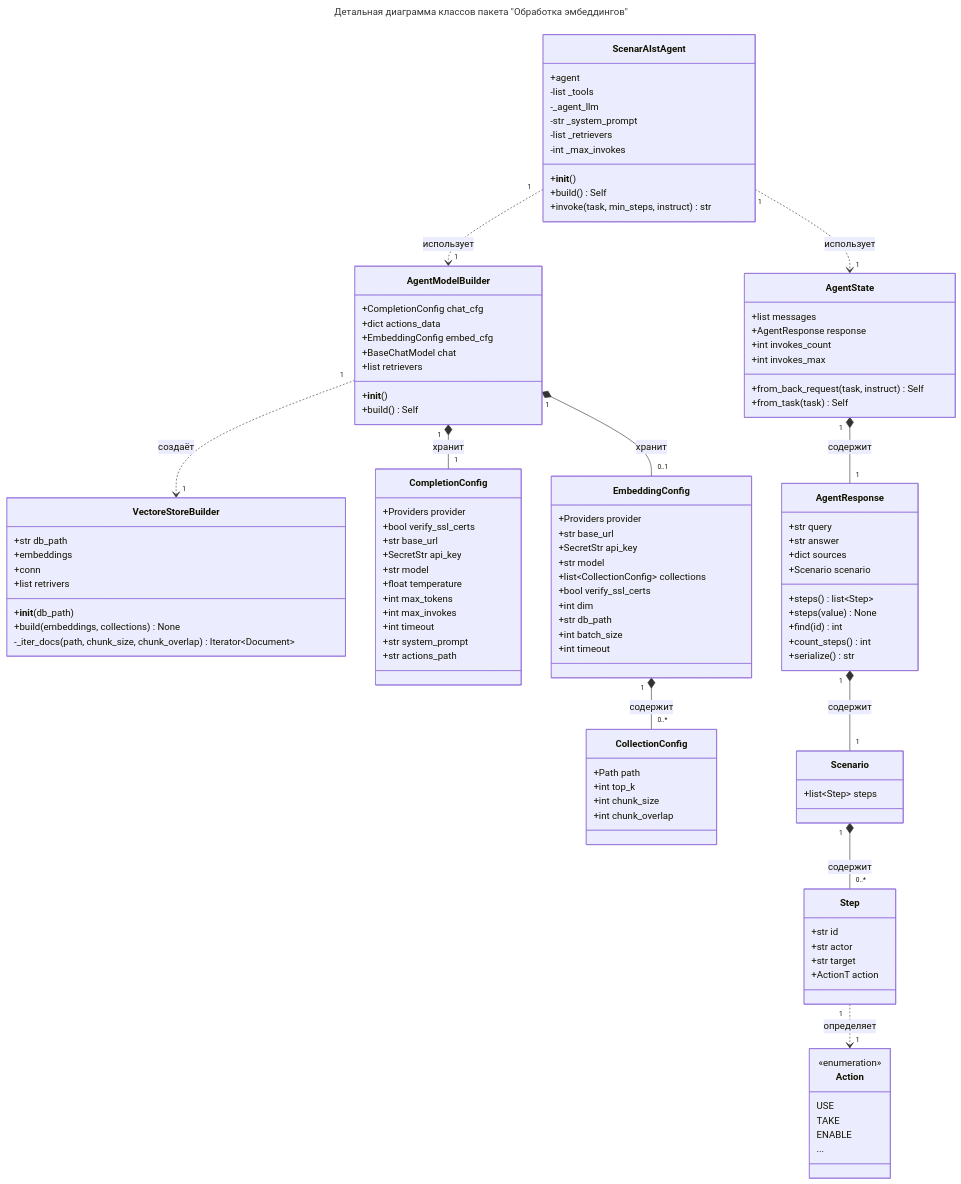
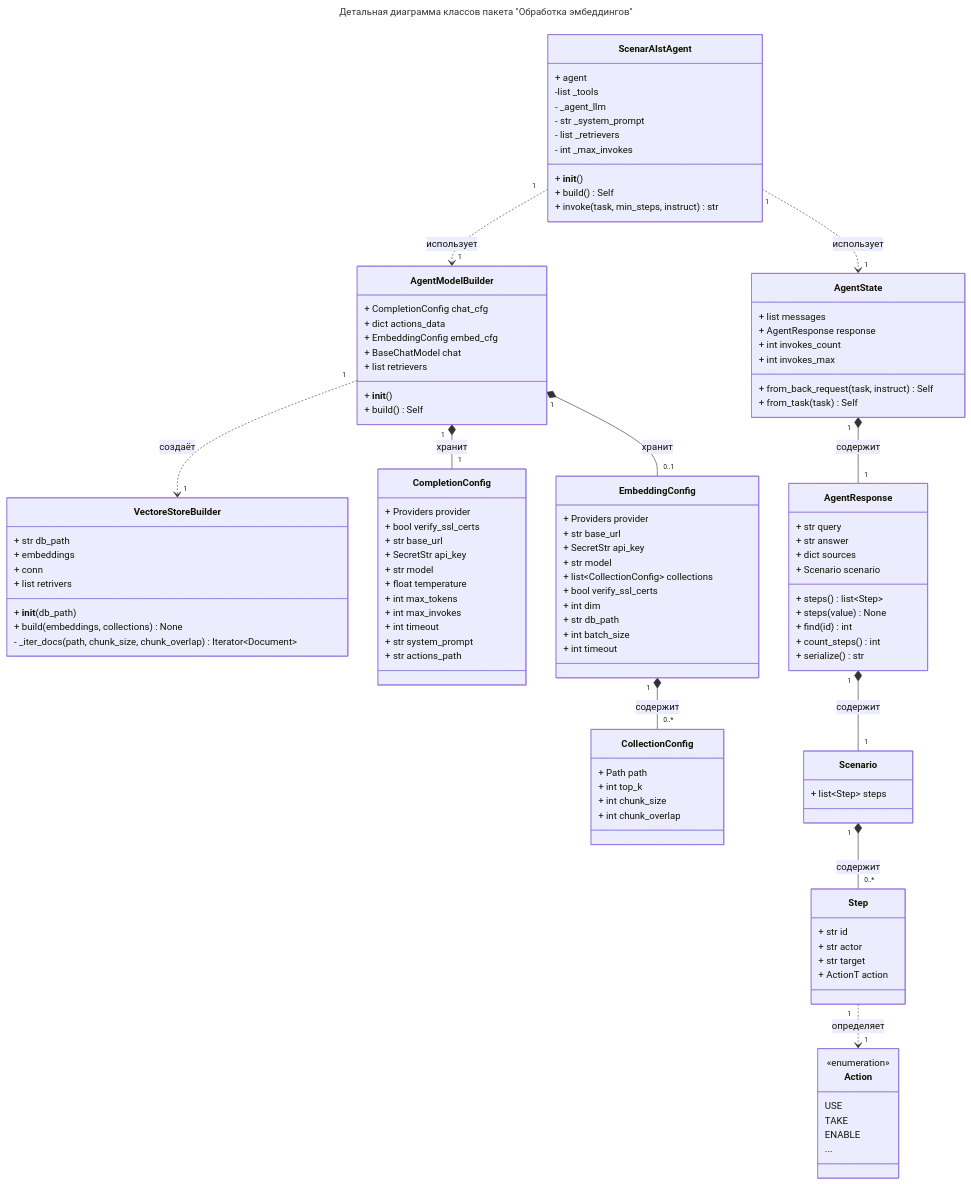
One commit to CHSU-scenarAIst/diagrammy changed the diagram in Пакет Обработка эмбеддингов/4. Детальная диаграмма классов.md. Above: the diagram before and after it, drawn with Mermaid. The commit also changed other lines of this file and 16 other files, not shown here.

```diff
--- a/Пакет Обработка эмбеддингов/4. Детальная диаграмма классов.md
+++ b/Пакет Обработка эмбеддингов/4. Детальная диаграмма классов.md
@@ -33,78 +34,78 @@
 ---
 classDiagram
     class ScenarAIstAgent {
-        +agent
+        + agent
         -list _tools
-        -_agent_llm
-        -str _system_prompt
-        -list _retrievers
-        -int _max_invokes
-        +__init__()
-        +build() Self
-        +invoke(task, min_steps, instruct) str
+        - _agent_llm
+        - str _system_prompt
+        - list _retrievers
+        - int _max_invokes
+        + __init__()
+        + build() Self
+        + invoke(task, min_steps, instruct) str
     }
 
     class AgentState {
-        +list messages
-        +AgentResponse response
-        +int invokes_count
-        +int invokes_max
-        +from_back_request(task, instruct) Self
-        +from_task(task) Self
+        + list messages
+        + AgentResponse response
+        + int invokes_count
+        + int invokes_max
+        + from_back_request(task, instruct) Self
+        + from_task(task) Self
     }
 
     class AgentModelBuilder {
-        +CompletionConfig chat_cfg
-        +dict actions_data
-        +EmbeddingConfig embed_cfg
-        +BaseChatModel chat
-        +list retrievers
-        +__init__()
-        +build() Self
+        + CompletionConfig chat_cfg
+        + dict actions_data
+        + EmbeddingConfig embed_cfg
+        + BaseChatModel chat
+        + list retrievers
+        + __init__()
+        + build() Self
     }
 
     class VectoreStoreBuilder {
-        +str db_path
-        +embeddings
-        +conn
-        +list retrivers
-        +__init__(db_path)
-        +build(embeddings, collections) None
-        -_iter_docs(path, chunk_size, chunk_overlap) Iterator~Document~
+        + str db_path
+        + embeddings
+        + conn
+        + list retrivers
+        + __init__(db_path)
+        + build(embeddings, collections) None
+        - _iter_docs(path, chunk_size, chunk_overlap) Iterator~Document~
     }
 
     class CompletionConfig {
-        +Providers provider
-        +bool verify_ssl_certs
-        +str base_url
-        +SecretStr api_key
-        +str model
-        +float temperature
-        +int max_tokens
-        +int max_invokes
-        +int timeout
-        +str system_prompt
-        +str actions_path
+        + Providers provider
+        + bool verify_ssl_certs
+        + str base_url
+        + SecretStr api_key
+        + str model
+        + float temperature
+        + int max_tokens
+        + int max_invokes
+        + int timeout
+        + str system_prompt
+        + str actions_path
     }
 
     class CollectionConfig {
-        +Path path
-        +int top_k
-        +int chunk_size
-        +int chunk_overlap
+        + Path path
+        + int top_k
+        + int chunk_size
+        + int chunk_overlap
     }
 
     class EmbeddingConfig {
-        +Providers provider
-        +str base_url
-        +SecretStr api_key
-        +str model
-        +list~CollectionConfig~ collections
-        +bool verify_ssl_certs
-        +int dim
-        +str db_path
-        +int batch_size
-        +int timeout
+        + Providers provider
+        + str base_url
+        + SecretStr api_key
+        + str model
+        + list~CollectionConfig~ collections
+        + bool verify_ssl_certs
+        + int dim
+        + str db_path
+        + int batch_size
+        + int timeout
     }
 
     class Action {
@@ -116,26 +117,26 @@
     }
 
     class Step {
-        +str id
-        +str actor
-        +str target
-        +ActionT action
+        + str id
+        + str actor
+        + str target
+        + ActionT action
     }
 
     class Scenario {
-        +list~Step~ steps
+        + list~Step~ steps
     }
 
     class AgentResponse {
-        +str query
-        +str answer
-        +dict sources
-        +Scenario scenario
-        +steps() list~Step~
-        +steps(value) None
-        +find(id) int
-        +count_steps() int
-        +serialize() str
+        + str query
+        + str answer
+        + dict sources
+        + Scenario scenario
+        + steps() list~Step~
+        + steps(value) None
+        + find(id) int
+        + count_steps() int
+        + serialize() str
     }
 
     ScenarAIstAgent "1" ..> "1" AgentModelBuilder : использует
```
